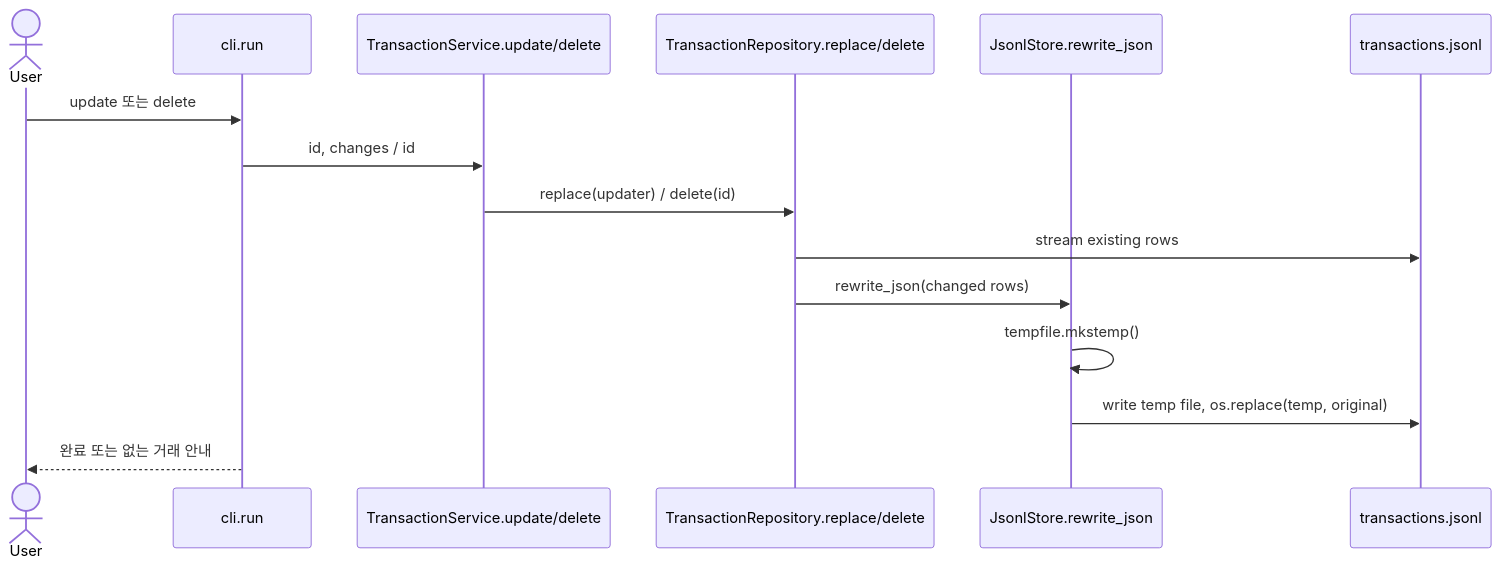
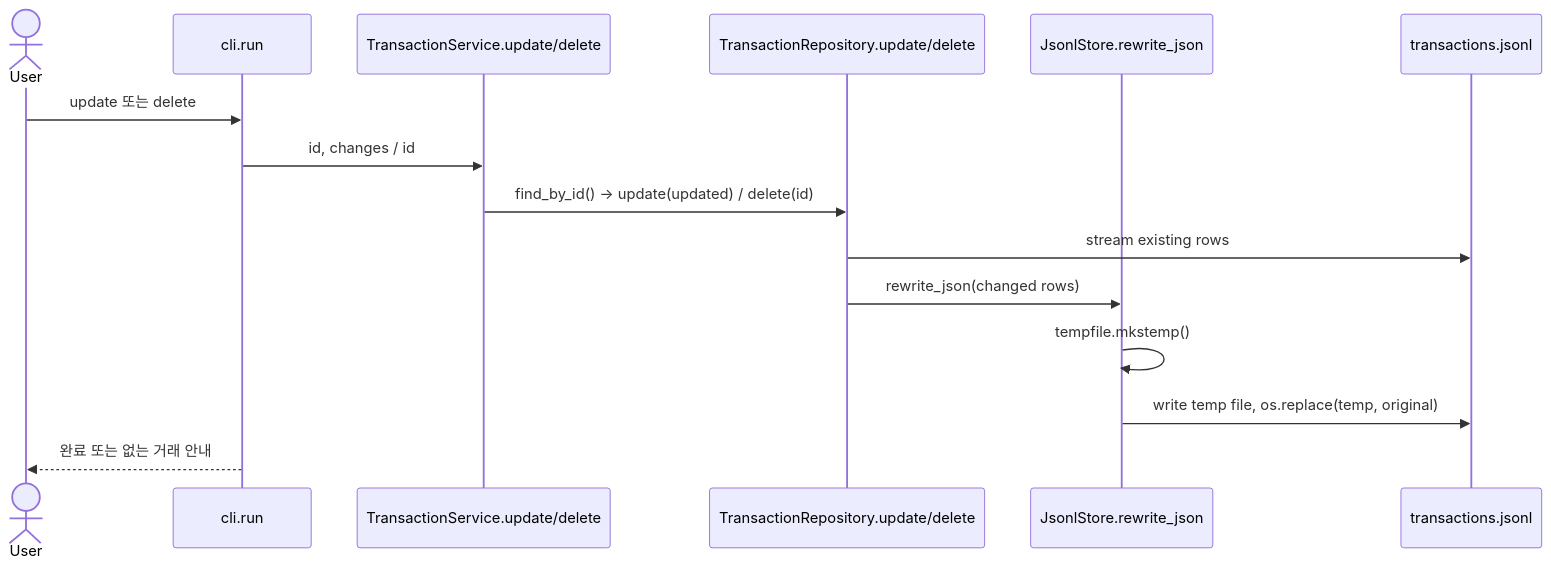
The fourth of 7 diagrams in B2-1_Create_file-based_household_account_console_program/budget_app/CODE_ARCHITECTURE.md (jhkr1/Codyssey_main_course), drawn with Mermaid before and after one commit. The commit also changed other lines of this file and 9 other files, not shown here.

````diff
--- a/B2-1_Create_file-based_household_account_console_program/budget_app/CODE_ARCHITECTURE.md
+++ b/B2-1_Create_file-based_household_account_console_program/budget_app/CODE_ARCHITECTURE.md
@@ -226,17 +228,17 @@
 ```mermaid
 sequenceDiagram
     actor User
     participant CLI as cli.run
     participant TS as TransactionService.update/delete
-    participant TR as TransactionRepository.replace/delete
+    participant TR as TransactionRepository.update/delete
     participant Store as JsonlStore.rewrite_json
     participant File as transactions.jsonl
     User->>CLI: update 또는 delete
     CLI->>TS: id, changes / id
-    TS->>TR: replace(updater) / delete(id)
+    TS->>TR: find_by_id() → update(updated) / delete(id)
     TR->>File: stream existing rows
     TR->>Store: rewrite_json(changed rows)
     Store->>Store: tempfile.mkstemp()
     Store->>File: write temp file, os.replace(temp, original)
     CLI-->>User: 완료 또는 없는 거래 안내
 ```
````
